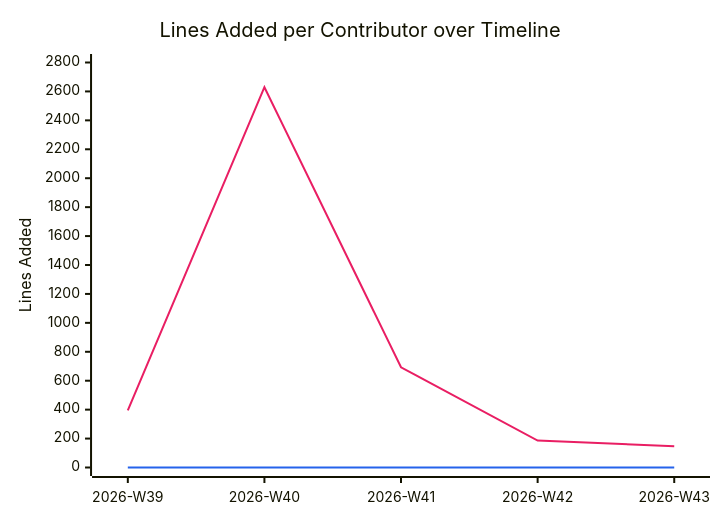
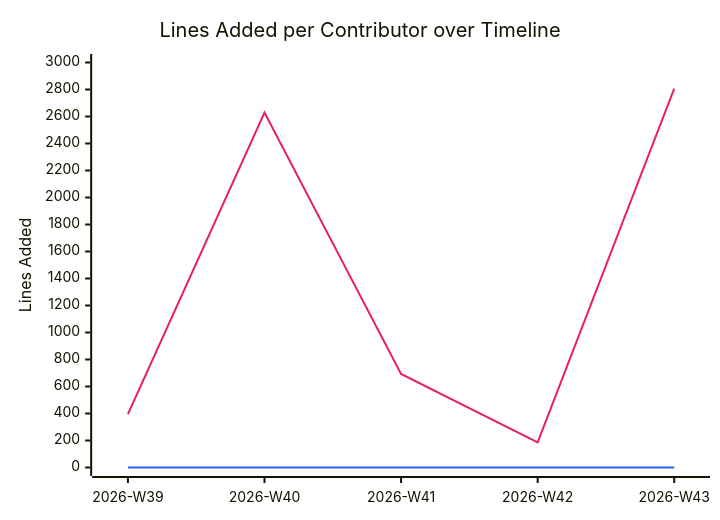
One commit to BeyondMagic/wisp changed the diagram in documentation/snippets/management/code-additions.mmd. Above: the diagram before and after it, drawn with Mermaid. The commit also changed 2 other files, not shown here.

```diff
--- a/documentation/snippets/management/code-additions.mmd
+++ b/documentation/snippets/management/code-additions.mmd
@@ -1,7 +1,7 @@
 %%{init: {"themeVariables": {"xyChart": {"plotColorPalette": "#e91e63, #2563eb"}}}}%%
 xychart-beta
     title "Lines Added per Contributor over Timeline"
     x-axis ["2026-W39", "2026-W40", "2026-W41", "2026-W42", "2026-W43"]
-    y-axis "Lines Added" 0 --> 2800
-    line [395, 2629, 693, 186, 147]
+    y-axis "Lines Added" 0 --> 3000
+    line [395, 2629, 693, 186, 2807]
     line [0, 0, 0, 0, 0]
```
